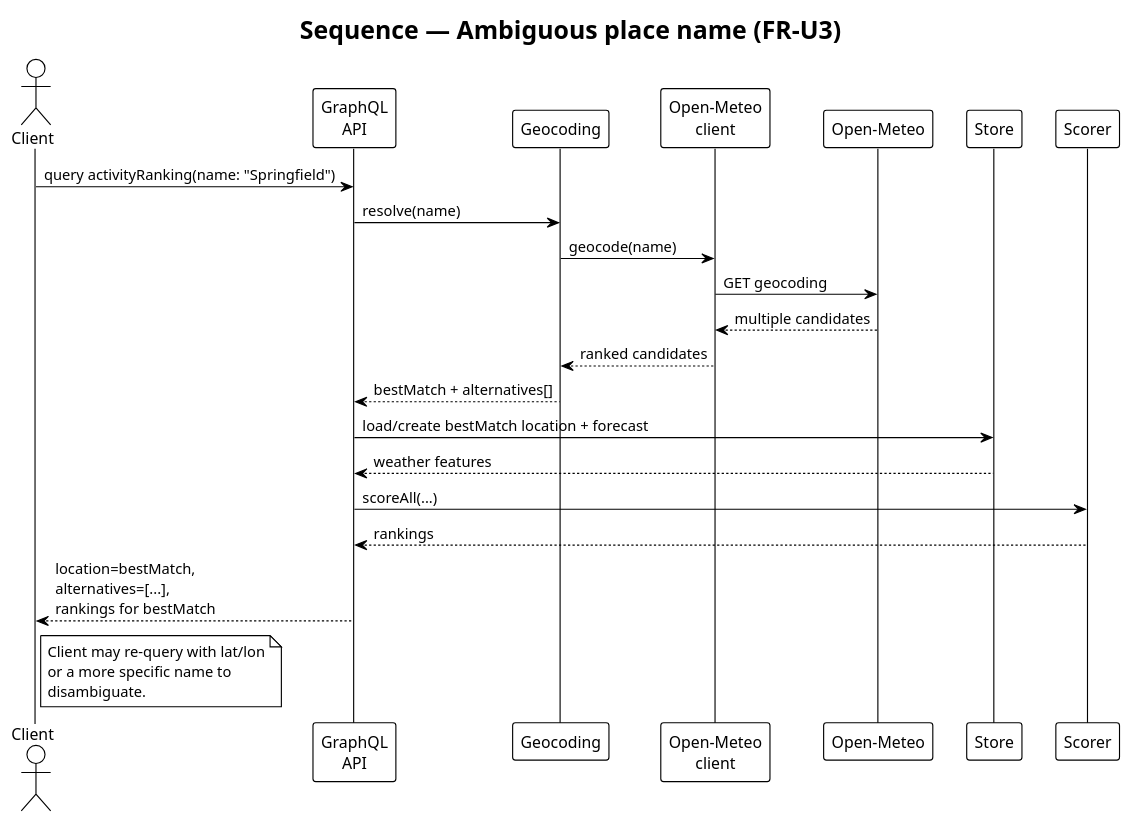
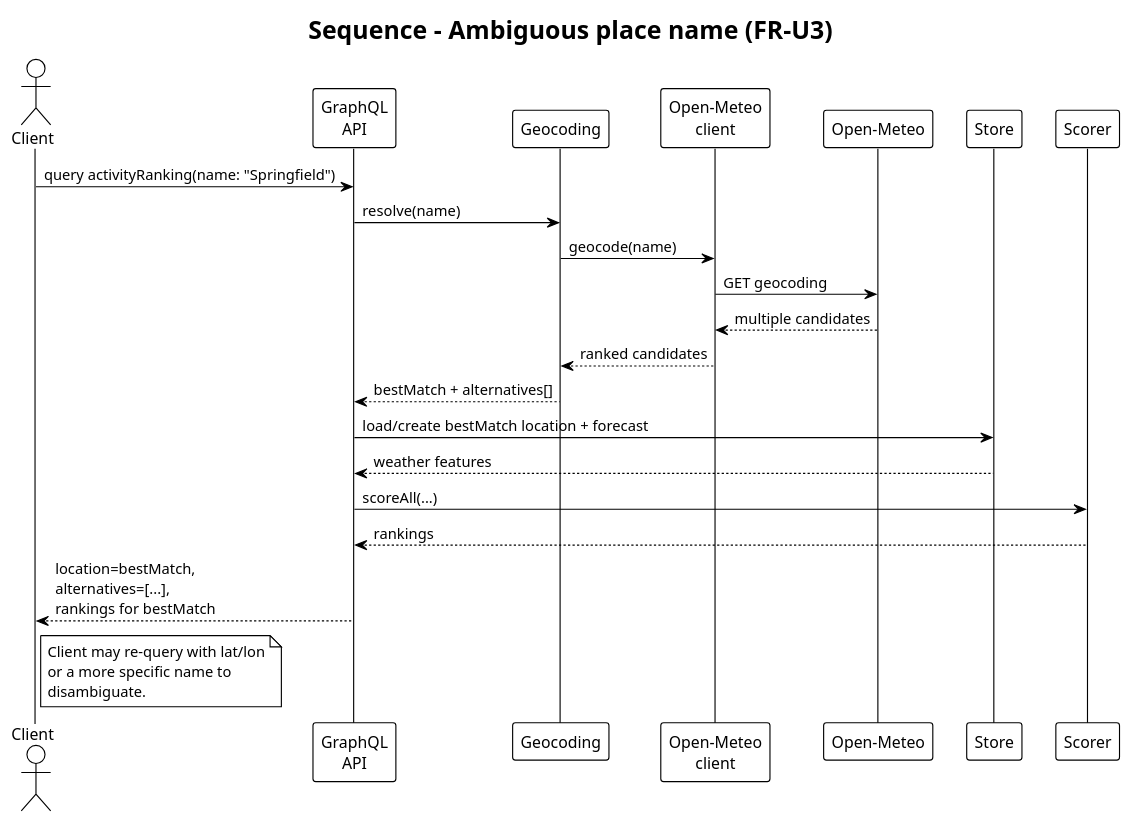
One commit to Takadza/weather-activity-ranking-service changed the diagram in docs/diagrams/seq-ambiguous-geocode.puml. Above: the diagram before and after it, drawn with PlantUML. The commit also changed 31 other files, not shown here.

```diff
--- a/docs/diagrams/seq-ambiguous-geocode.puml
+++ b/docs/diagrams/seq-ambiguous-geocode.puml
@@ -1,33 +1,33 @@
 @startuml seq-ambiguous-geocode
 !theme plain
-title Sequence — Ambiguous place name (FR-U3)
+title Sequence - Ambiguous place name (FR-U3)
 
 actor Client
 participant "GraphQL\nAPI" as GQL
 participant "Geocoding" as Geo
 participant "Open-Meteo\nclient" as OMClient
 participant "Open-Meteo" as OM
 participant "Store" as Store
 participant "Scorer" as Score
 
 Client -> GQL : query activityRanking(name: "Springfield")
 GQL -> Geo : resolve(name)
 Geo -> OMClient : geocode(name)
 OMClient -> OM : GET geocoding
 OM --> OMClient : multiple candidates
 OMClient --> Geo : ranked candidates
 Geo --> GQL : bestMatch + alternatives[]
 
 GQL -> Store : load/create bestMatch location + forecast
 Store --> GQL : weather features
 GQL -> Score : scoreAll(...)
 Score --> GQL : rankings
 GQL --> Client : location=bestMatch,\nalternatives=[...],\nrankings for bestMatch
 
 note right of Client
   Client may re-query with lat/lon
   or a more specific name to
   disambiguate.
 end note
 
 @enduml
```
